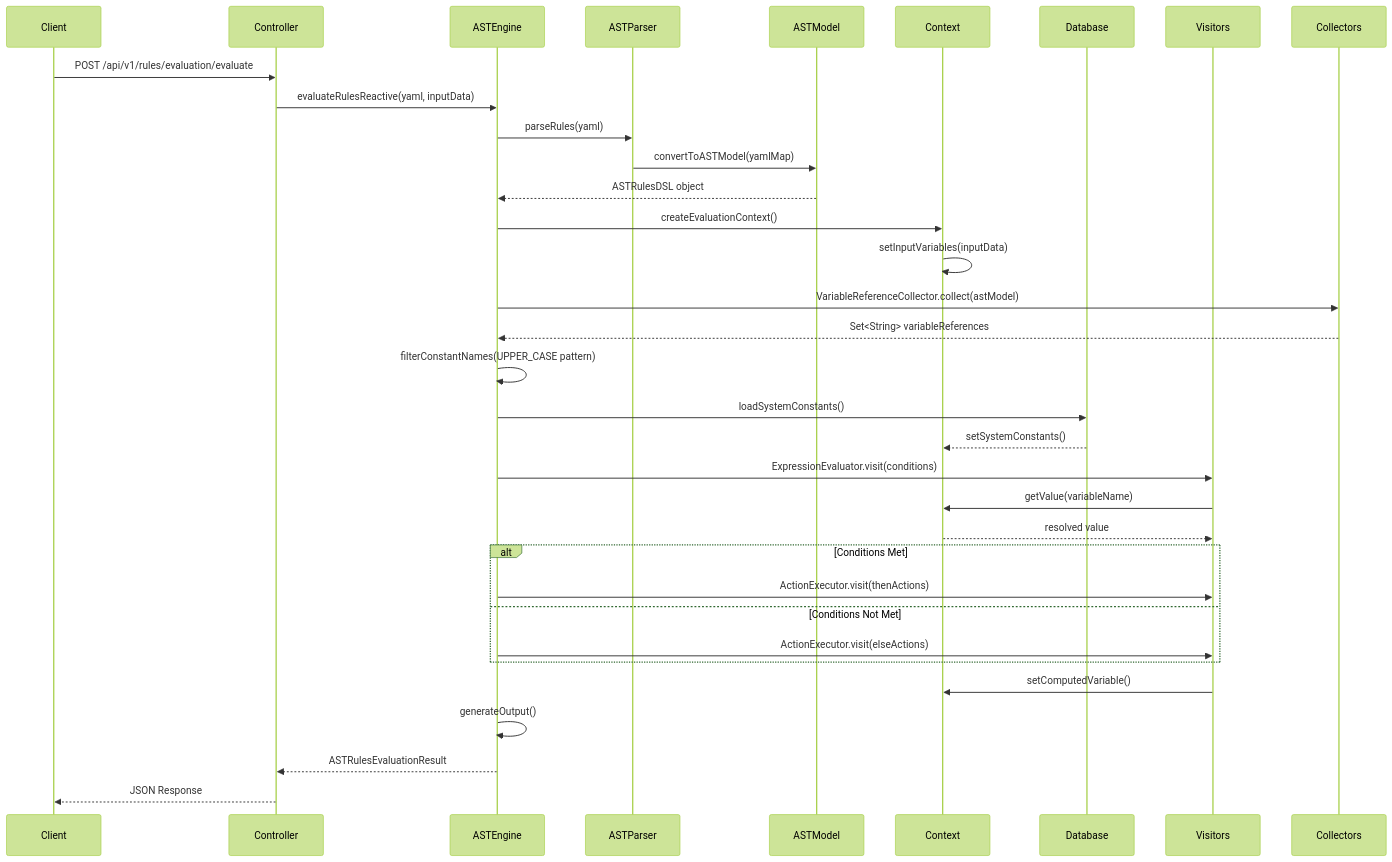
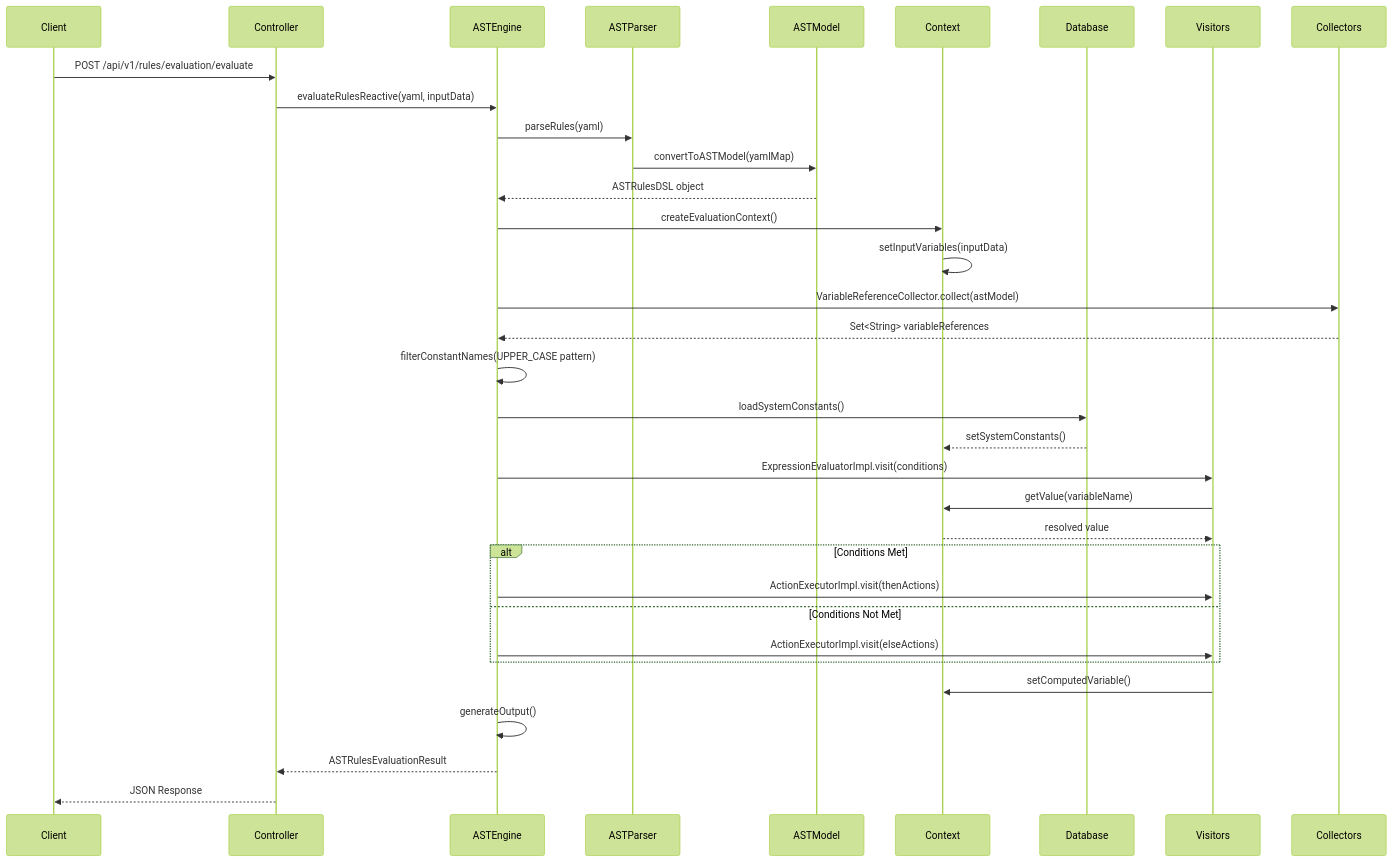
Before and after one commit to fireflyframework/fireflyframework-jafly: the third of 10 diagrams in modules/rule-engine/docs/architecture.md, drawn with Mermaid (forest theme). The commit also changed other lines of this file and 1166 other files, not shown here.

````diff
--- a/modules/rule-engine/docs/architecture.md
+++ b/modules/rule-engine/docs/architecture.md
@@ -265,42 +265,42 @@
 ```mermaid
 sequenceDiagram
     participant Client
     participant Controller
     participant ASTEngine
     participant ASTParser
     participant ASTModel
     participant Context
     participant Database
     participant Visitors
     participant Collectors
 
     Client->>Controller: POST /api/v1/rules/evaluation/evaluate
     Controller->>ASTEngine: evaluateRulesReactive(yaml, inputData)
     ASTEngine->>ASTParser: parseRules(yaml)
     ASTParser->>ASTModel: convertToASTModel(yamlMap)
     ASTModel-->>ASTEngine: ASTRulesDSL object
 
     ASTEngine->>Context: createEvaluationContext()
     Context->>Context: setInputVariables(inputData)
 
     ASTEngine->>Collectors: VariableReferenceCollector.collect(astModel)
     Collectors-->>ASTEngine: Set<String> variableReferences
     ASTEngine->>ASTEngine: filterConstantNames(UPPER_CASE pattern)
     ASTEngine->>Database: loadSystemConstants()
     Database-->>Context: setSystemConstants()
 
-    ASTEngine->>Visitors: ExpressionEvaluator.visit(conditions)
+    ASTEngine->>Visitors: ExpressionEvaluatorImpl.visit(conditions)
     Visitors->>Context: getValue(variableName)
     Context-->>Visitors: resolved value
 
     alt Conditions Met
-        ASTEngine->>Visitors: ActionExecutor.visit(thenActions)
+        ASTEngine->>Visitors: ActionExecutorImpl.visit(thenActions)
     else Conditions Not Met
-        ASTEngine->>Visitors: ActionExecutor.visit(elseActions)
+        ASTEngine->>Visitors: ActionExecutorImpl.visit(elseActions)
     end
 
     Visitors->>Context: setComputedVariable()
     ASTEngine->>ASTEngine: generateOutput()
     ASTEngine-->>Controller: ASTRulesEvaluationResult
     Controller-->>Client: JSON Response
 ```
````
